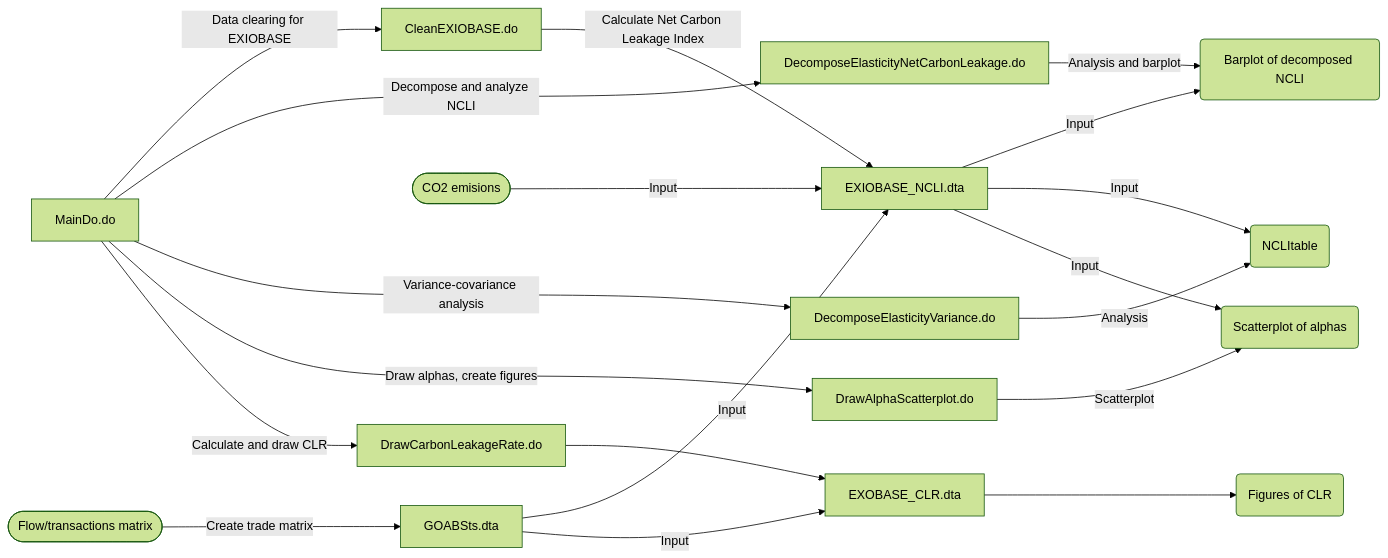
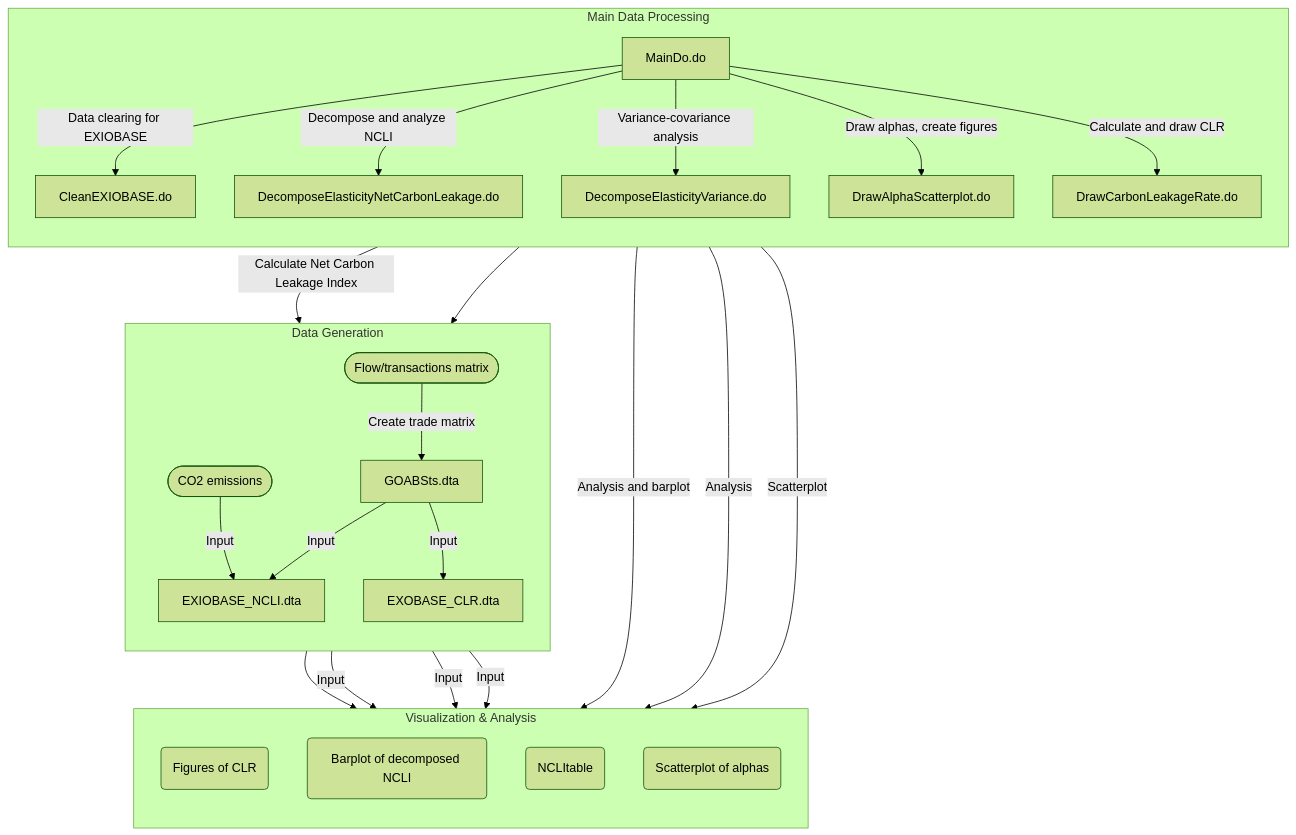
The diagram in README.md (AkariOno/Trade_Carbon), drawn with Mermaid (forest theme) before and after one commit.

````diff
--- a/README.md
+++ b/README.md
@@ -17,22 +17,56 @@
 ```mermaid
-graph LR;
-    A[MainDo.do] --> |Data clearing for EXIOBASE|B[CleanEXIOBASE.do]
-    C([Flow/transactions matrix]) --> |Create trade matrix|K[GOABSts.dta]
-    E([CO2 emisions]) --> |Input|D[EXIOBASE_NCLI.dta]
-    B --> |Calculate Net Carbon Leakage Index|D
-    A --> |Decompose and analyze NCLI|F[DecomposeElasticityNetCarbonLeakage.do]
-    A --> |Variance-covariance analysis|G[DecomposeElasticityVariance.do]
-    A --> |Draw alphas, create figures|H[DrawAlphaScatterplot.do]
-    A --> |Calculate and draw CLR|I[DrawCarbonLeakageRate.do]
-    I --> J[EXOBASE_CLR.dta]
-    K --> |Input|D
-    K --> |Input|J
-    J --> L(Figures of CLR)
-    D --> |Input|M(Barplot of decomposed NCLI)
-    F --> |Analysis and barplot|M
-    D --> |Input|N(NCLItable)
-    G --> |Analysis|N
-    D --> |Input|O(Scatterplot of alphas)
-    H --> |Scatterplot|O
+graph TB;
+
+%% Main Process Section
+subgraph Main_Process [Main Data Processing]
+    direction TB
+    A[MainDo.do]
+    B[CleanEXIOBASE.do]
+    F[DecomposeElasticityNetCarbonLeakage.do]
+    G[DecomposeElasticityVariance.do]
+    H[DrawAlphaScatterplot.do]
+    I[DrawCarbonLeakageRate.do]
+end
+
+%% Data Generation Section
+subgraph Data_Generation [Data Generation]
+    direction TB
+    C([Flow/transactions matrix])
+    K[GOABSts.dta]
+    D[EXIOBASE_NCLI.dta]
+    E([CO2 emissions])
+    J[EXOBASE_CLR.dta]
+end
+
+%% Data Visualization Section
+subgraph Data_Visualization [Visualization & Analysis]
+    direction TB
+    L(Figures of CLR)
+    M(Barplot of decomposed NCLI)
+    N(NCLItable)
+    O(Scatterplot of alphas)
+end
+
+%% Connections between nodes
+A --> |Data clearing for EXIOBASE| B
+A --> |Decompose and analyze NCLI| F
+A --> |Variance-covariance analysis| G
+A --> |Draw alphas, create figures| H
+A --> |Calculate and draw CLR| I
+
+C --> |Create trade matrix| K
+E --> |Input| D
+B --> |Calculate Net Carbon Leakage Index| D
+K --> |Input| D
+K --> |Input| J
+I --> J
+J --> L
+D --> |Input| M
+F --> |Analysis and barplot| M
+D --> |Input| N
+G --> |Analysis| N
+D --> |Input| O
+H --> |Scatterplot| O
+
    
 ```
````
